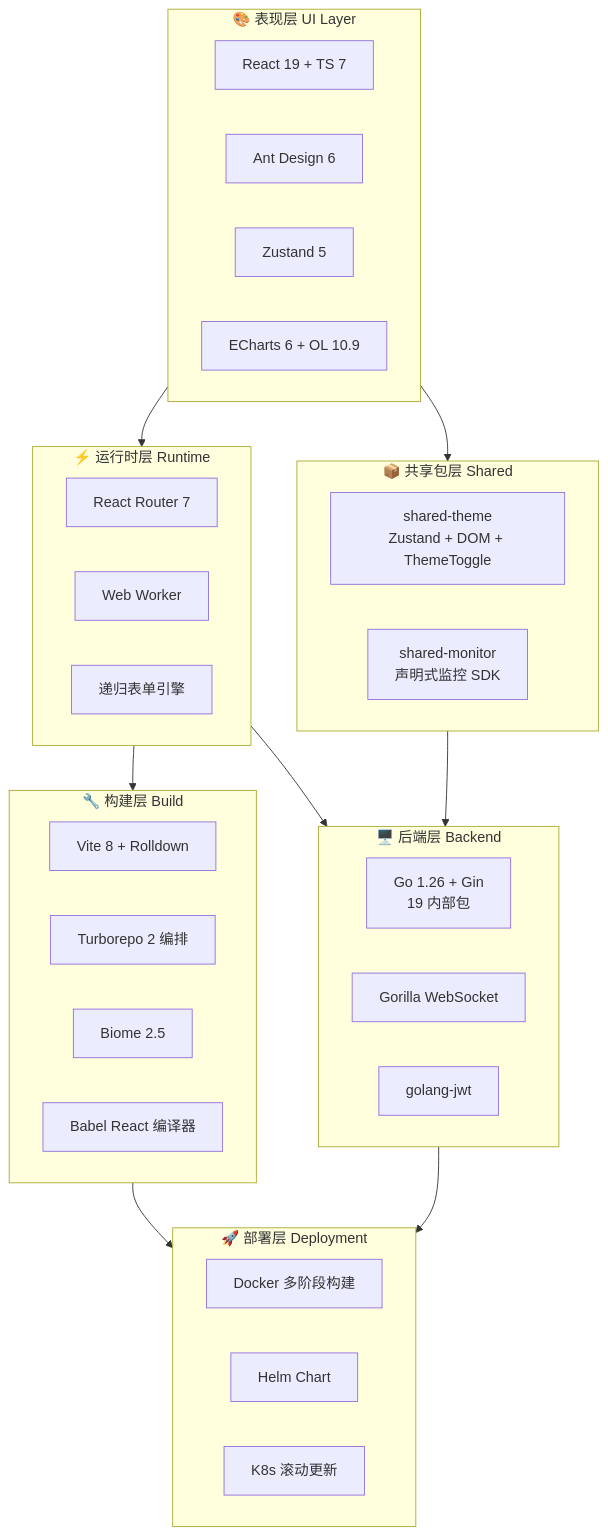
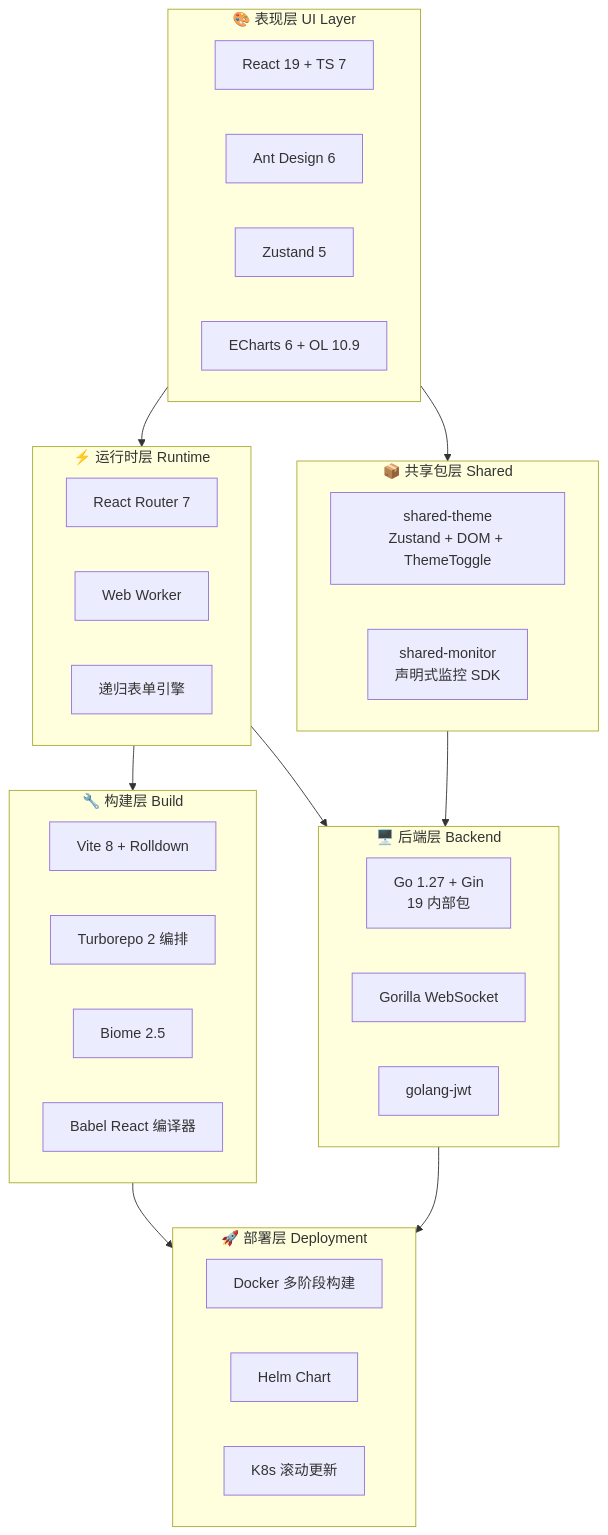
One commit to KMaybe01/interview-demo changed the second of 6 diagrams in Wiki.md. Above: the diagram before and after it, drawn with Mermaid. The commit also changed other lines of this file and 14 other files, not shown here.

````diff
--- a/Wiki.md
+++ b/Wiki.md
@@ -77,45 +77,45 @@
 ```mermaid
 graph TB
     subgraph UI["🎨 表现层 UI Layer"]
         React["React 19 + TS 7"]
         Antd["Ant Design 6"]
         Zustand["Zustand 5"]
         Charts["ECharts 6 + OL 10.9"]
     end
 
     subgraph Runtime["⚡ 运行时层 Runtime"]
         Router["React Router 7"]
         Worker["Web Worker"]
         Form["递归表单引擎"]
     end
 
     subgraph Build["🔧 构建层 Build"]
         Vite["Vite 8 + Rolldown"]
         Turbo["Turborepo 2 编排"]
         Biome["Biome 2.5"]
         Babel["Babel React 编译器"]
     end
 
     subgraph Backend["🖥️ 后端层 Backend"]
-        Go["Go 1.26 + Gin<br/>19 内部包"]
+        Go["Go 1.27 + Gin<br/>19 内部包"]
         WS["Gorilla WebSocket"]
         JWT["golang-jwt"]
     end
 
     subgraph Shared["📦 共享包层 Shared"]
         Theme["shared-theme<br/>Zustand + DOM + ThemeToggle"]
         Monitor["shared-monitor<br/>声明式监控 SDK"]
     end
 
     subgraph Deploy["🚀 部署层 Deployment"]
         Docker["Docker 多阶段构建"]
         Helm["Helm Chart"]
         K8s["K8s 滚动更新"]
     end
 
     UI --> Runtime --> Build
     UI --> Shared --> Backend
     Runtime --> Backend
     Build --> Deploy
     Backend --> Deploy
 ```
````
